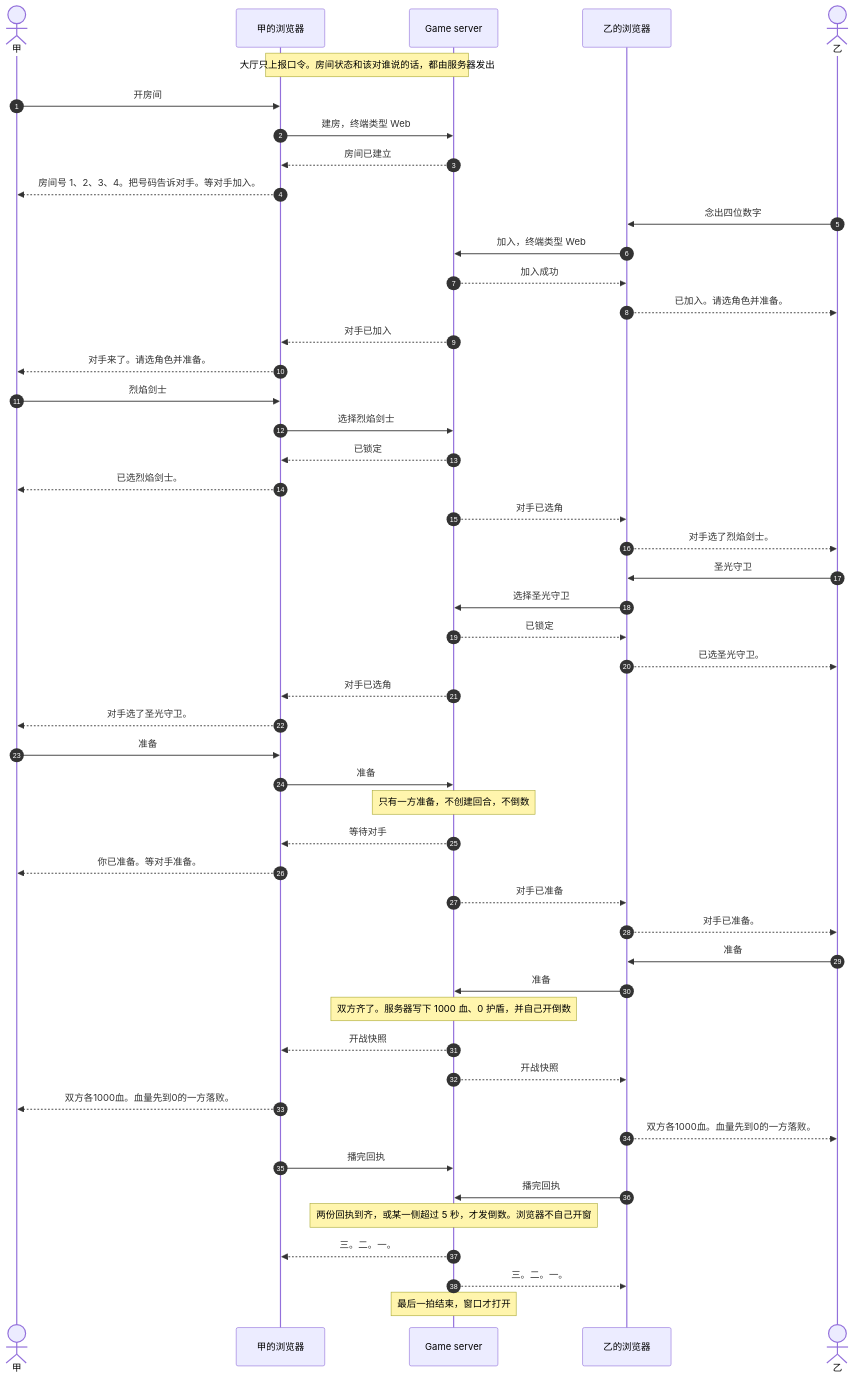
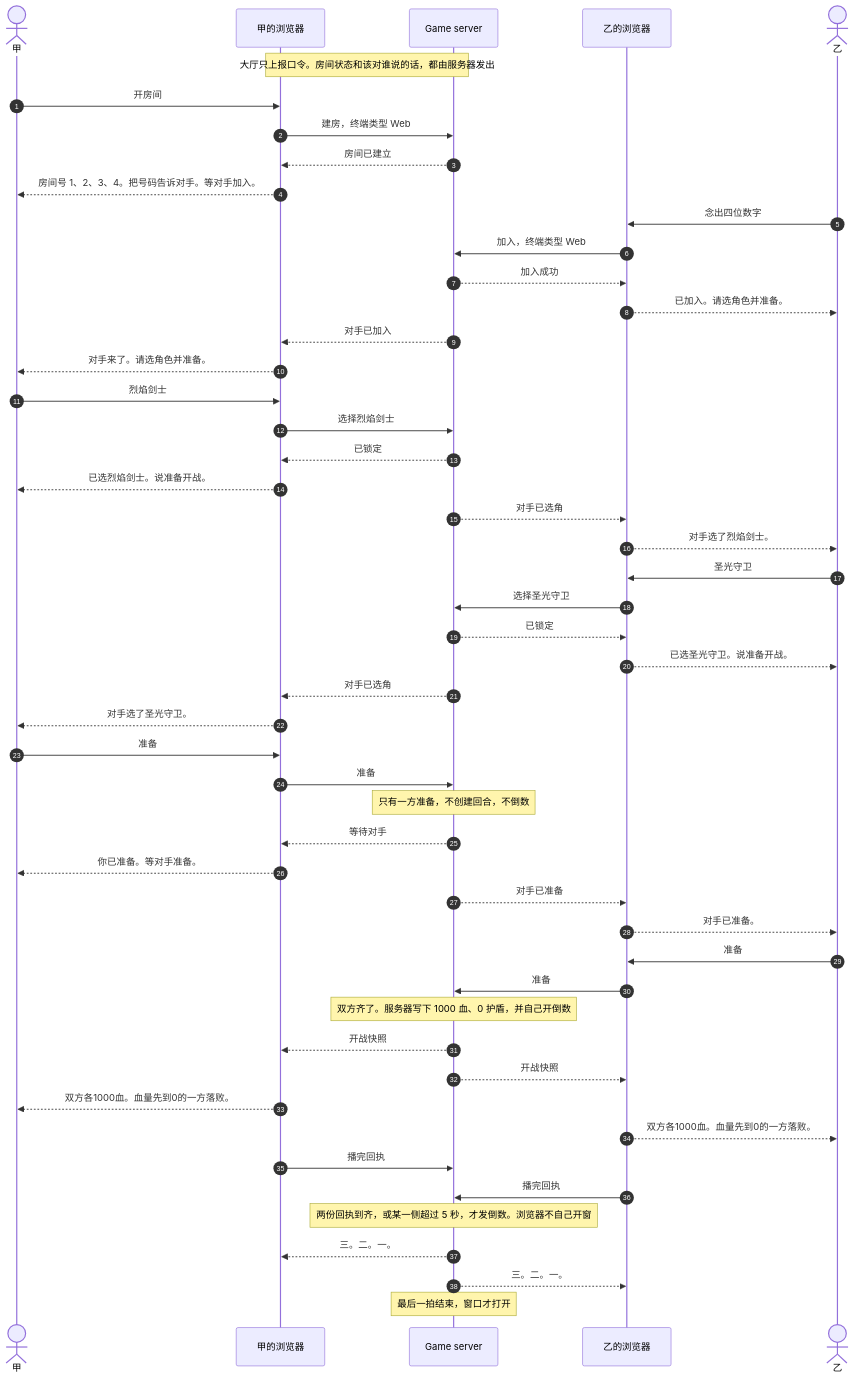
One commit to wilcosheh/lieyanliaoyuan changed the first of 6 diagrams in docs/交互设计.md. Above: the diagram before and after it, drawn with Mermaid. The commit also changed other lines of this file and 10 other files, not shown here.

````diff
--- a/docs/交互设计.md
+++ b/docs/交互设计.md
@@ -243,53 +243,53 @@
 ```mermaid
 sequenceDiagram
     autonumber
     actor 甲
     participant WA as 甲的浏览器
     participant GS as Game server
     participant WB as 乙的浏览器
     actor 乙
 
     Note over WA, GS: 大厅只上报口令。房间状态和该对谁说的话，都由服务器发出
     甲->>WA: 开房间
     WA->>GS: 建房，终端类型 Web
     GS-->>WA: 房间已建立
     WA-->>甲: 房间号 1、2、3、4。把号码告诉对手。等对手加入。
     乙->>WB: 念出四位数字
     WB->>GS: 加入，终端类型 Web
     GS-->>WB: 加入成功
     WB-->>乙: 已加入。请选角色并准备。
     GS-->>WA: 对手已加入
     WA-->>甲: 对手来了。请选角色并准备。
     甲->>WA: 烈焰剑士
     WA->>GS: 选择烈焰剑士
     GS-->>WA: 已锁定
-    WA-->>甲: 已选烈焰剑士。
+    WA-->>甲: 已选烈焰剑士。说准备开战。
     GS-->>WB: 对手已选角
     WB-->>乙: 对手选了烈焰剑士。
     乙->>WB: 圣光守卫
     WB->>GS: 选择圣光守卫
     GS-->>WB: 已锁定
-    WB-->>乙: 已选圣光守卫。
+    WB-->>乙: 已选圣光守卫。说准备开战。
     GS-->>WA: 对手已选角
     WA-->>甲: 对手选了圣光守卫。
     甲->>WA: 准备
     WA->>GS: 准备
     Note over GS: 只有一方准备，不创建回合，不倒数
     GS-->>WA: 等待对手
     WA-->>甲: 你已准备。等对手准备。
     GS-->>WB: 对手已准备
     WB-->>乙: 对手已准备。
     乙->>WB: 准备
     WB->>GS: 准备
     Note over GS: 双方齐了。服务器写下 1000 血、0 护盾，并自己开倒数
     GS-->>WA: 开战快照
     GS-->>WB: 开战快照
     WA-->>甲: 双方各1000血。血量先到0的一方落败。
     WB-->>乙: 双方各1000血。血量先到0的一方落败。
     WA->>GS: 播完回执
     WB->>GS: 播完回执
     Note over GS: 两份回执到齐，或某一侧超过 5 秒，才发倒数。浏览器不自己开窗
     GS-->>WA: 三。二。一。
     GS-->>WB: 三。二。一。
     Note over GS: 最后一拍结束，窗口才打开
 ```
````
